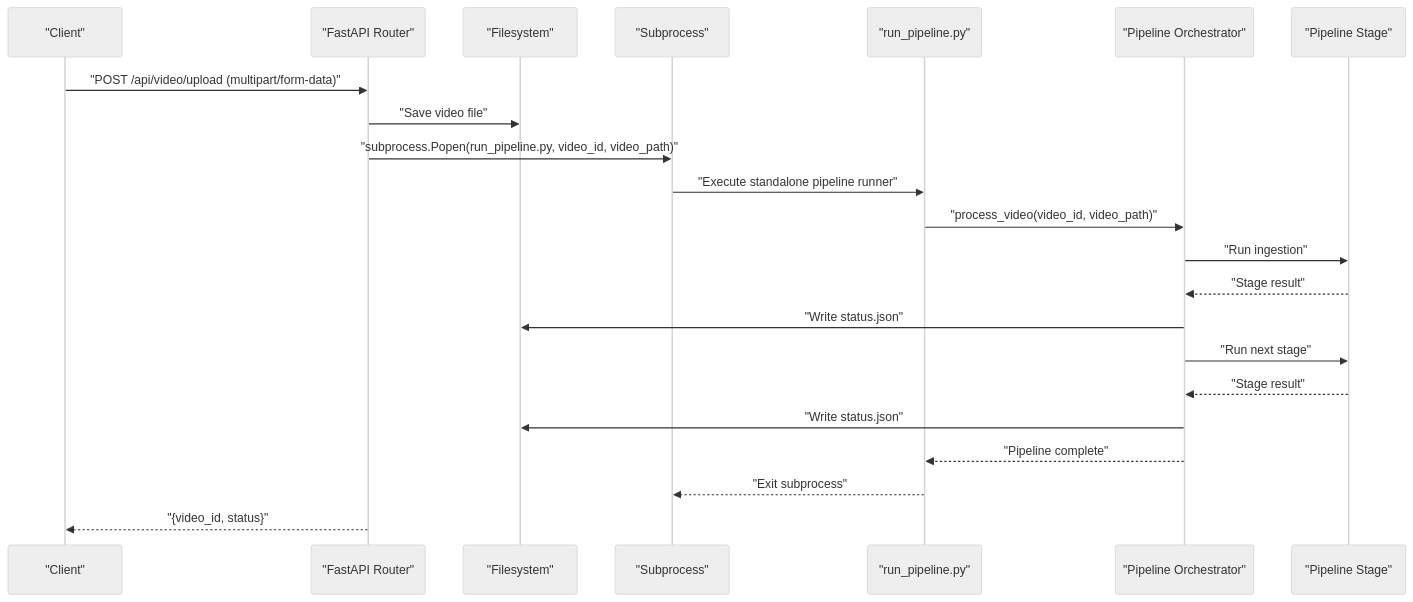
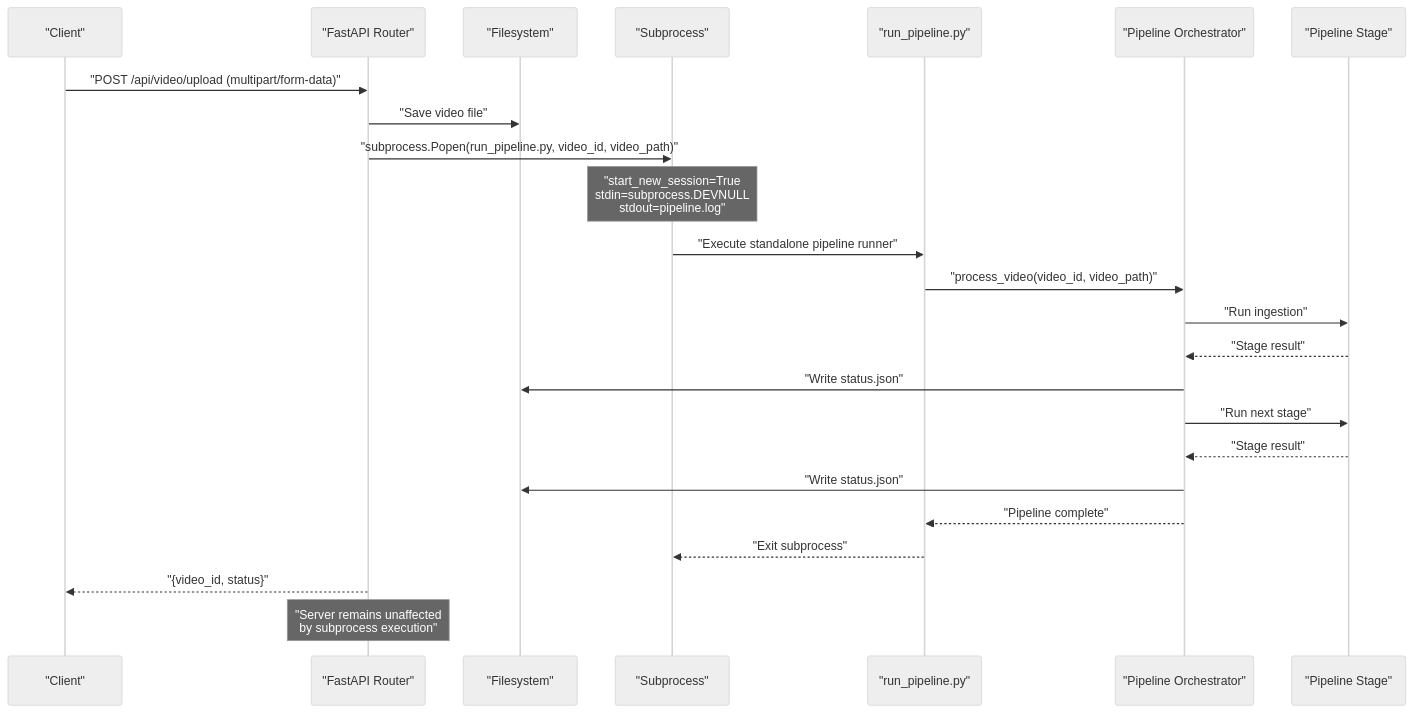
One commit to alexandreybasta-cyber/dubai-media-ai changed the second of 3 diagrams in .qoder/repowiki/en/content/Backend API Reference/Video Processing Endpoints.md. Above: the diagram before and after it, drawn with Mermaid (neutral theme). The commit also changed other lines of this file and 21 other files, not shown here.

````diff
--- a/.qoder/repowiki/en/content/Backend API Reference/Video Processing Endpoints.md
+++ b/.qoder/repowiki/en/content/Backend API Reference/Video Processing Endpoints.md
@@ -136,24 +147,26 @@
 ```mermaid
 sequenceDiagram
 participant Client as "Client"
 participant API as "FastAPI Router"
 participant FS as "Filesystem"
 participant Subproc as "Subprocess"
 participant Runner as "run_pipeline.py"
 participant Orchestrator as "Pipeline Orchestrator"
 participant Stage as "Pipeline Stage"
 Client->>API : "POST /api/video/upload (multipart/form-data)"
 API->>FS : "Save video file"
 API->>Subproc : "subprocess.Popen(run_pipeline.py, video_id, video_path)"
+Note over Subproc : "start_new_session=True<br/>stdin=subprocess.DEVNULL<br/>stdout=pipeline.log"
 Subproc->>Runner : "Execute standalone pipeline runner"
 Runner->>Orchestrator : "process_video(video_id, video_path)"
 Orchestrator->>Stage : "Run ingestion"
 Stage-->>Orchestrator : "Stage result"
 Orchestrator->>FS : "Write status.json"
 Orchestrator->>Stage : "Run next stage"
 Stage-->>Orchestrator : "Stage result"
 Orchestrator->>FS : "Write status.json"
 Orchestrator-->>Runner : "Pipeline complete"
 Runner-->>Subproc : "Exit subprocess"
 API-->>Client : "{video_id, status}"
+Note over API : "Server remains unaffected<br/>by subprocess execution"
 ```
````
